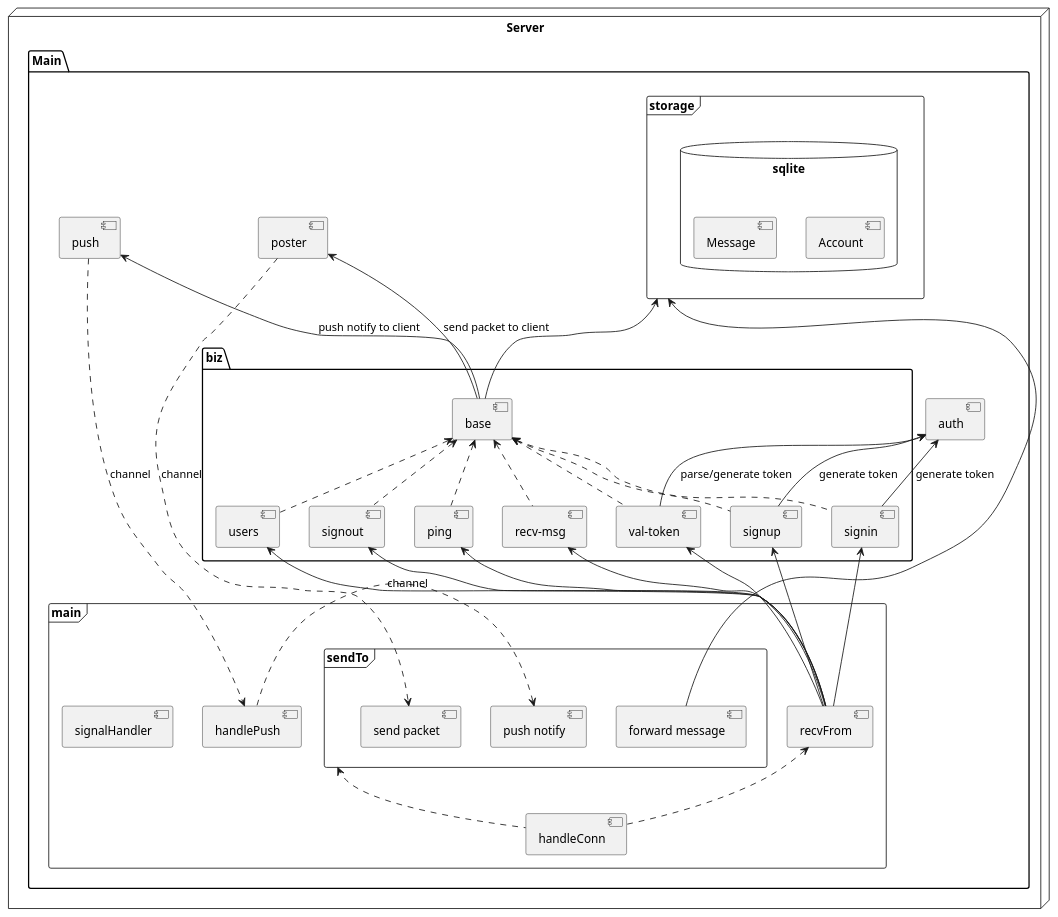
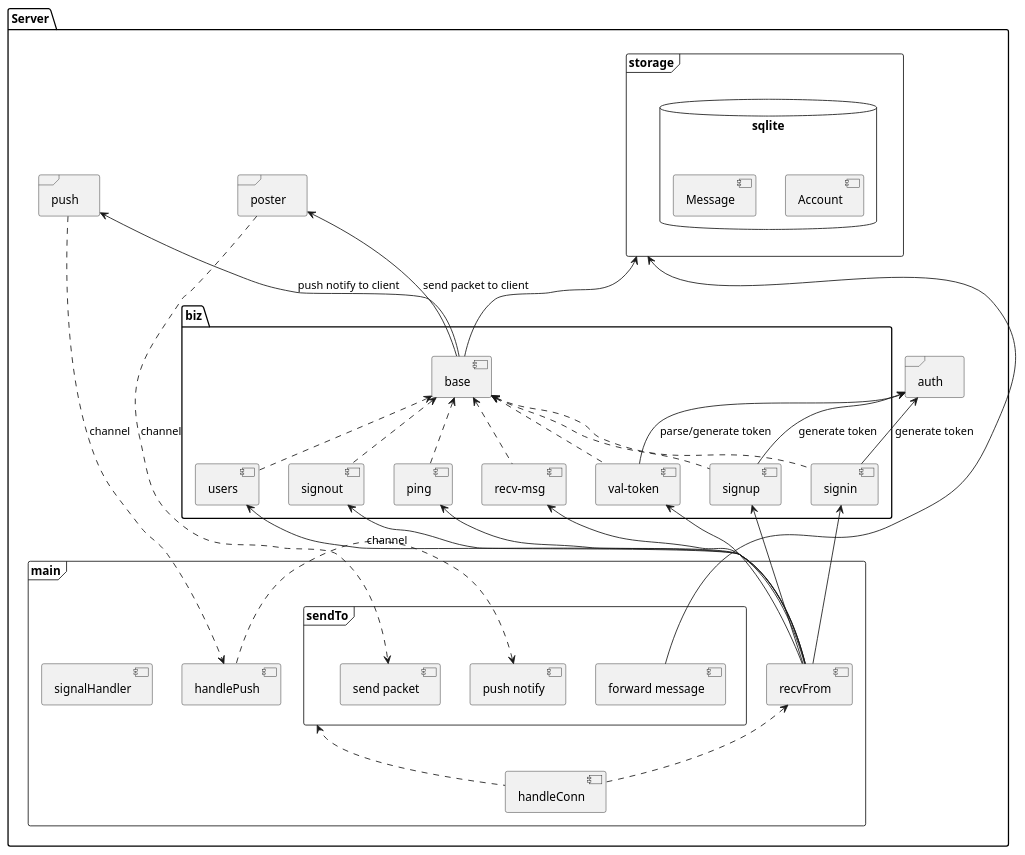
One commit to huoyijie/GoChat changed the diagram in docs/umls/gochat-server.puml. Above: the diagram before and after it, drawn with PlantUML. The commit also changed 1 other file, not shown here.

```diff
--- a/docs/umls/gochat-server.puml
+++ b/docs/umls/gochat-server.puml
@@ -1,69 +1,66 @@
 @startuml gochat-server-uml
-node "Server" {
-    package "Main" {
-        frame "main" {
-            [signalHandler] as signal
-            [handlePush] as handlePush
-            [handleConn] as handleConn
-            frame "sendTo" {
-                [send packet]
-                [push notify]
-                [forward message]
-            }
-            [recvFrom] as recvFrom
+package "Server" {
+    frame "main" {
+        [signalHandler] as signal
+        [handlePush] as handlePush
+        [handleConn] as handleConn
+        frame "sendTo" {
+            [send packet]
+            [push notify]
+            [forward message]
         }
-        [poster] as poster
-        [push] as push
-        frame "storage" {
-            database "sqlite" {
-                [Account] as acc
-                [Message] as msg
-            }
-        }
-        [auth] as auth
-
-        folder "biz" {
-            [base] as base
-            [signup] as signup
-            [signin] as signin
-            [val-token] as valtoken
-            [users] as users
-            [recv-msg] as recvmsg
-            [ping] as ping
-            [signout] as signout
+        [recvFrom] as recvFrom
+    }
+    frame "poster"
+    frame "push"
+    frame "storage" {
+        database "sqlite" {
+            [Account] as acc
+            [Message] as msg
         }
     }
+    frame "auth"
+
+    folder "biz" {
+        [base] as base
+        [signup] as signup
+        [signin] as signin
+        [val-token] as valtoken
+        [users] as users
+        [recv-msg] as recvmsg
+        [ping] as ping
+        [signout] as signout
+    }
 }
-
 signup .up.> base
 signin .up.> base
 valtoken .up.> base
 users .up.> base
 recvmsg .up.> base
 ping .up.> base
 signout .up.> base
 
 valtoken -up-> auth : parse/generate token
 signup -up-> auth : generate token
 signin -up-> auth : generate token
 
 base -up-> poster : send packet to client
 base -up-> push : push notify to client
 base -up-> storage
 
 recvFrom -up-> signup
 recvFrom -up-> signin
 recvFrom -up-> valtoken
 recvFrom -up-> users
 recvFrom -up-> recvmsg
 recvFrom -up-> ping
 recvFrom -up-> signout
 
 handleConn .up.> sendTo
 handleConn .up.> recvFrom
 
 poster ..> [send packet] : channel
 push ..> handlePush : channel
 handlePush .left.> [push notify] : channel
 [forward message] -left-> storage
 @enduml
```
